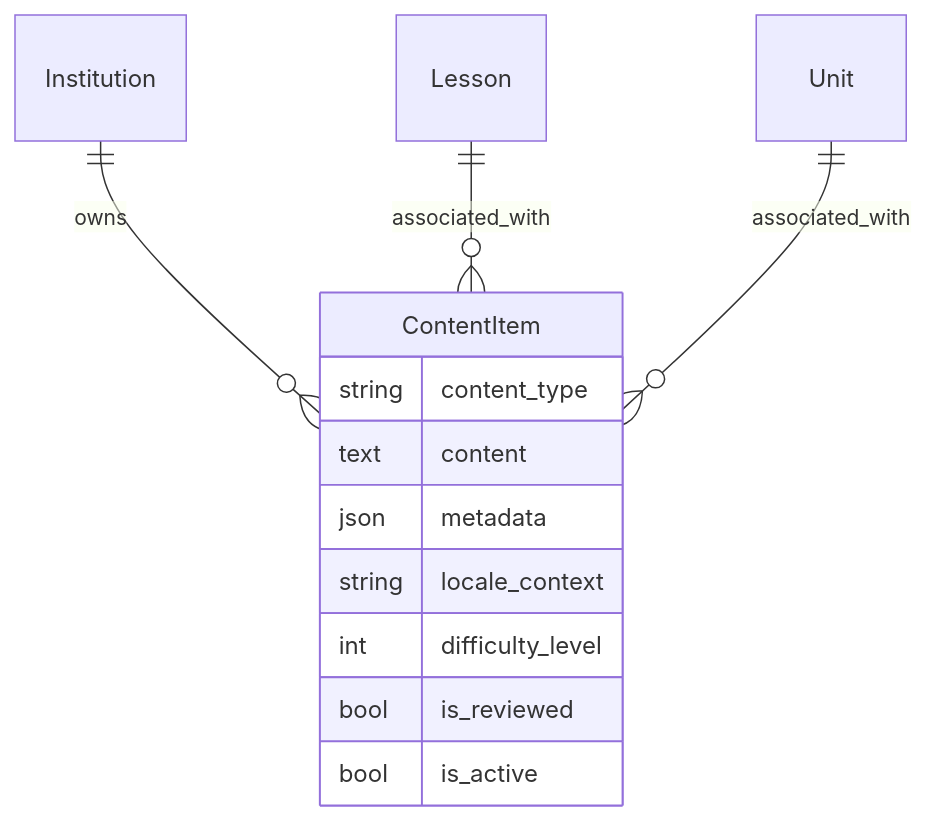
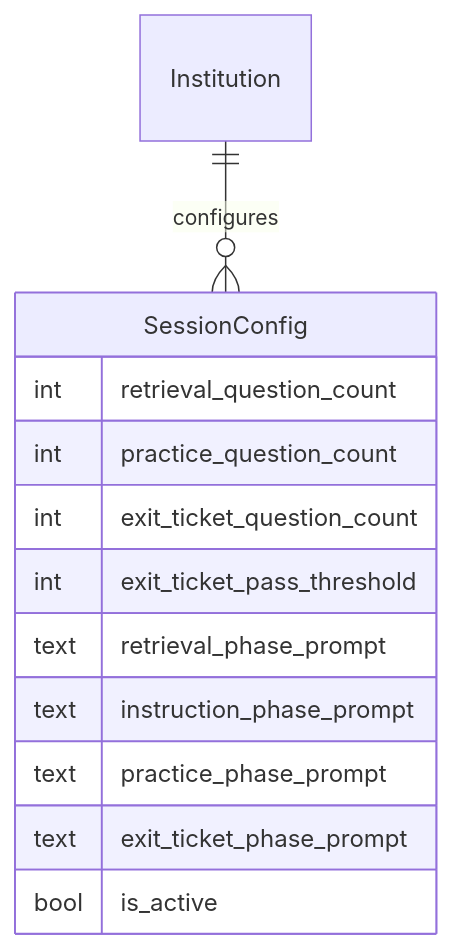
One commit to eai6/ai-tutor changed the eighth of 11 diagrams in design/PROMPT_AND_CURRICULUM_DEEP_DIVE.md. Above: the diagram before and after it, drawn with Mermaid. The commit also changed other lines of this file, not shown here.

First line of the commit message:
Update deep dive design doc with new code analysis (generator, engine, exit tickets)

````diff
--- a/design/PROMPT_AND_CURRICULUM_DEEP_DIVE.md
+++ b/design/PROMPT_AND_CURRICULUM_DEEP_DIVE.md
@@ -496,16 +459,15 @@
 ```mermaid
 erDiagram
-    Institution ||--o{ ContentItem : "owns"
-    Lesson ||--o{ ContentItem : "associated_with"
-    Unit ||--o{ ContentItem : "associated_with"
-
-    ContentItem {
-        string content_type
-        text content
-        json metadata
-        string locale_context
-        int difficulty_level
-        bool is_reviewed
+    Institution ||--o{ SessionConfig : "configures"
+    SessionConfig {
+        int retrieval_question_count
+        int practice_question_count
+        int exit_ticket_question_count
+        int exit_ticket_pass_threshold
+        text retrieval_phase_prompt
+        text instruction_phase_prompt
+        text practice_phase_prompt
+        text exit_ticket_phase_prompt
         bool is_active
     }
 ```
````
